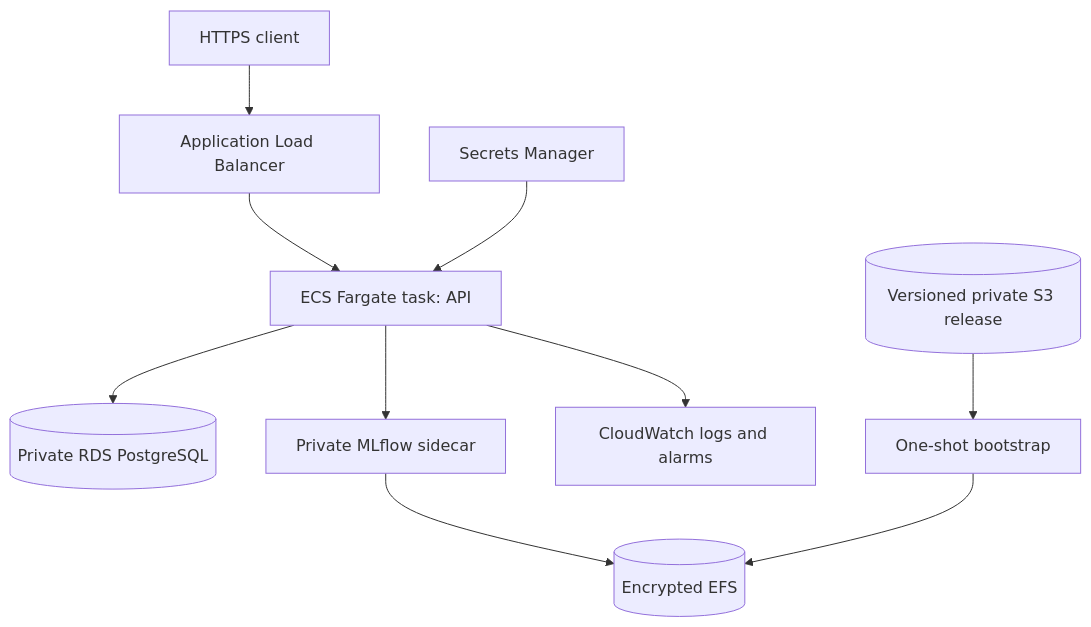
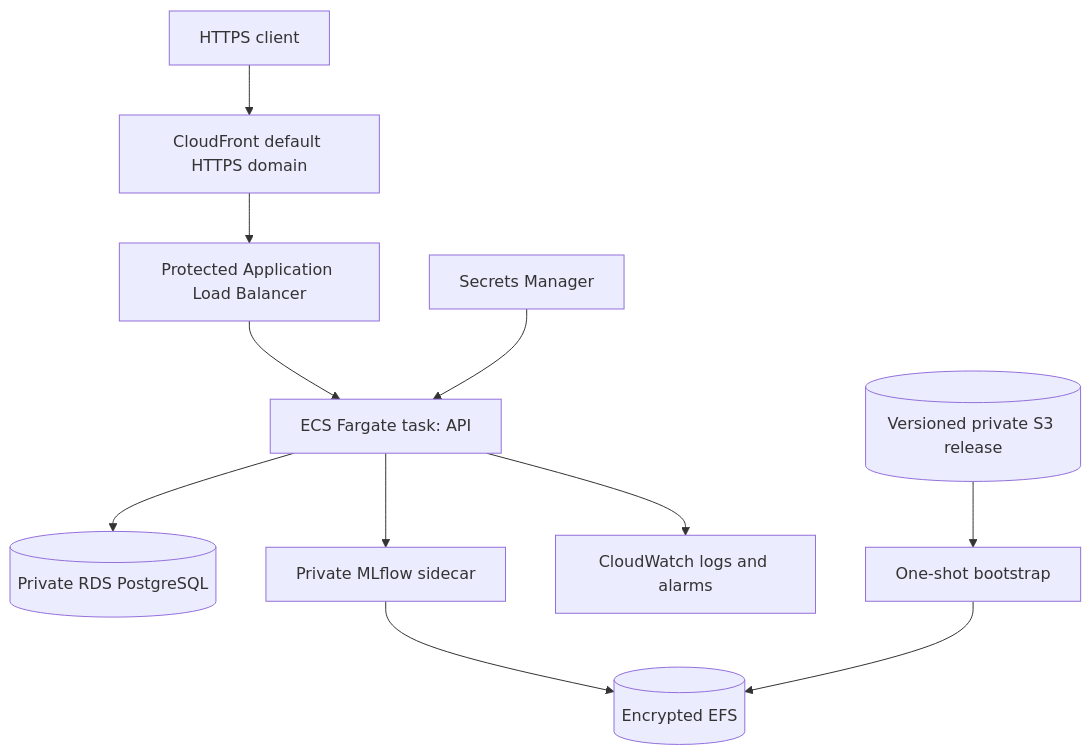
The diagram in docs/milestone-10-guide.md (dope-1/production-ml-platform), drawn with Mermaid before and after one commit. The commit also changed other lines of this file and 13 other files, not shown here.

Commit message:
Add domainless AWS CloudFront deployment

````diff
--- a/docs/milestone-10-guide.md
+++ b/docs/milestone-10-guide.md
@@ -9,12 +9,13 @@
 ```mermaid
 flowchart TD
-    U[HTTPS client] --> ALB[Application Load Balancer]
+    U[HTTPS client] --> CF[CloudFront default HTTPS domain]
+    CF --> ALB[Protected Application Load Balancer]
     ALB --> API[ECS Fargate task: API]
     API --> DB[(Private RDS PostgreSQL)]
     API --> MF[Private MLflow sidecar]
     MF --> EFS[(Encrypted EFS)]
     S3[(Versioned private S3 release)] --> INIT[One-shot bootstrap]
     INIT --> EFS
     SM[Secrets Manager] --> API
     API --> CW[CloudWatch logs and alarms]
 ```
````
